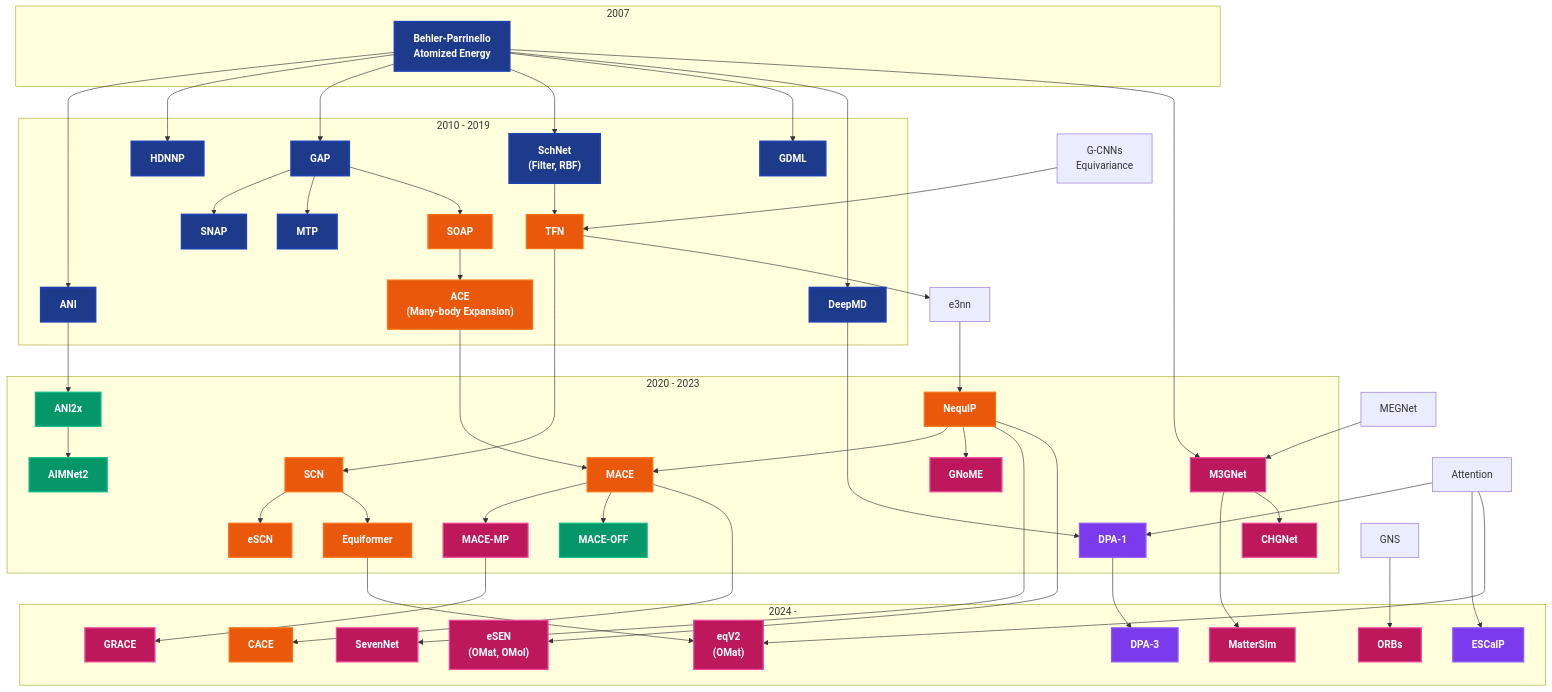
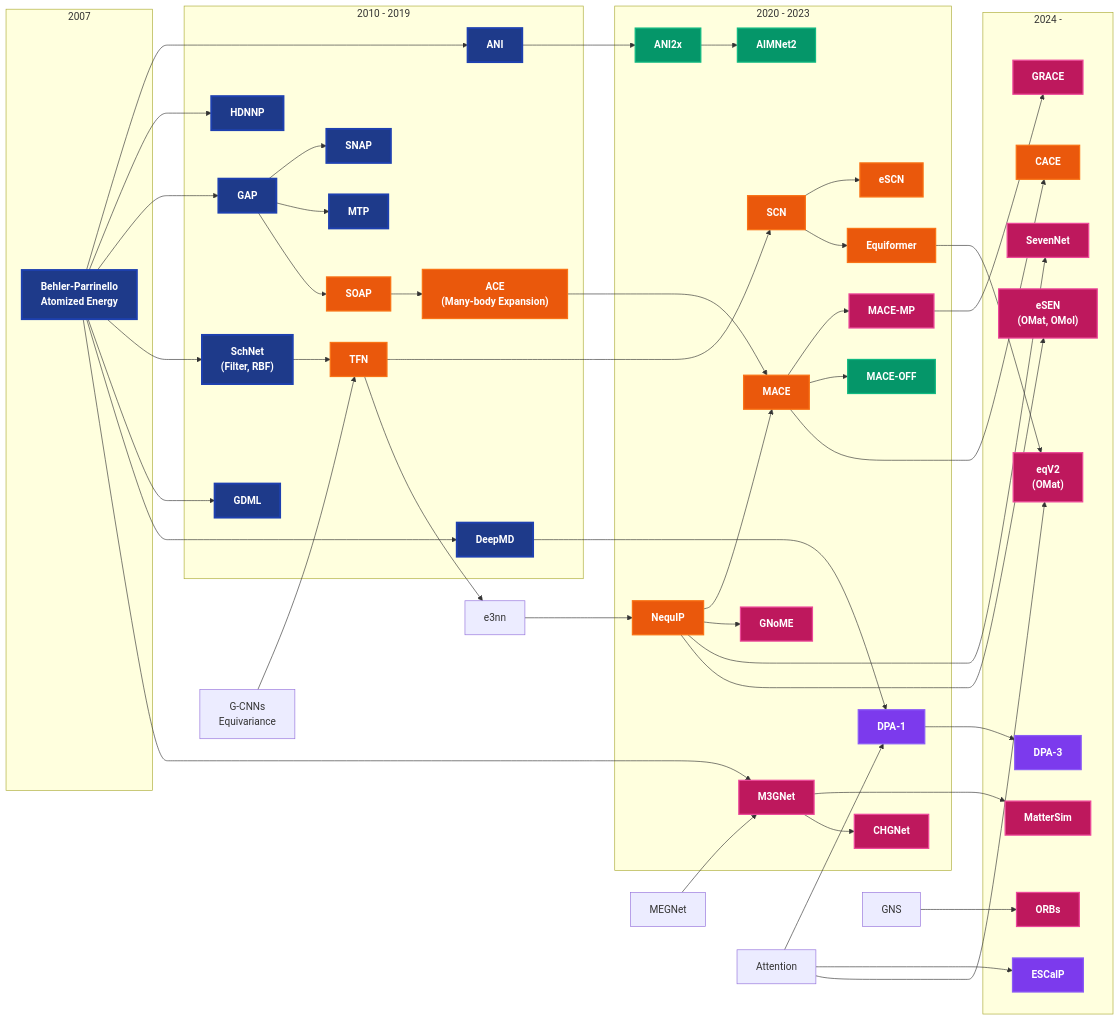
The diagram in README.md (chiang-yuan/awesome-mlip), drawn with Mermaid before and after one commit.

Commit message:
make diagram horizontal

```diff
--- a/README.md
+++ b/README.md
@@ -5,7 +5,7 @@
 %% Mermaid v10+ optimized vertical timeline
 %% Enable in compatible Mermaid live editors: https://mermaid-js.github.io/mermaid-live-editor
 
-flowchart TB
+flowchart LR
 
     subgraph "2007"
         BP["Behler-Parrinello<br/>Atomized Energy"]
```
